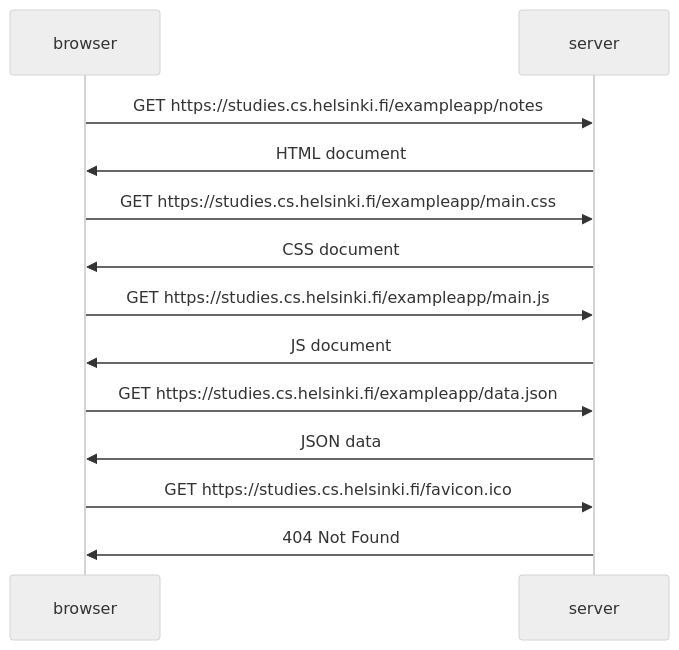
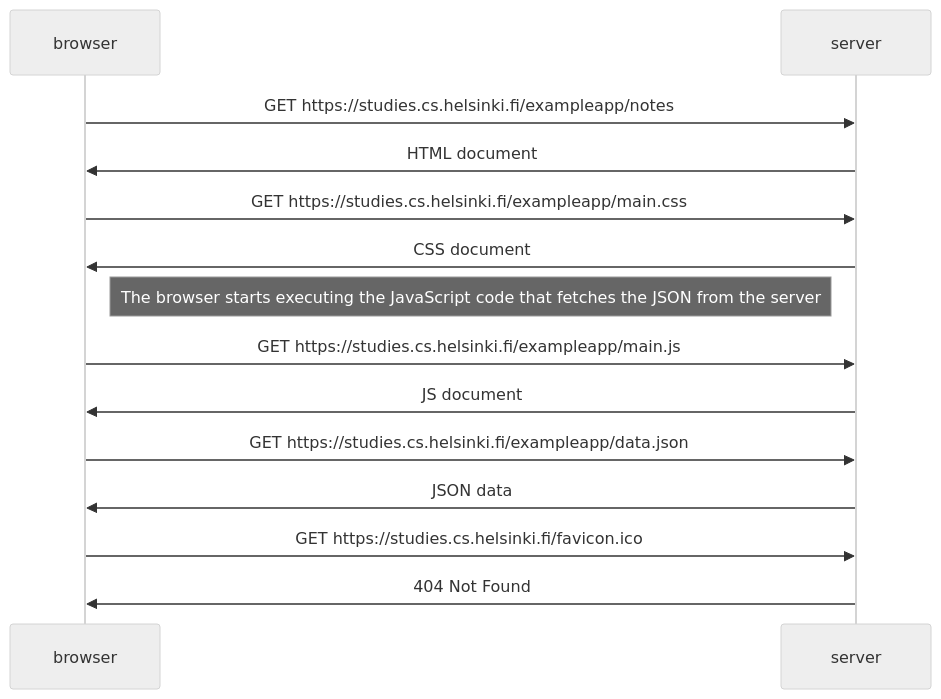
Before and after one commit to xj4v1x/fullstackopen: the diagram in part0/04_Nuevo_Diagrama_de_nota.md, drawn with Mermaid (neutral theme). The commit also changed other lines of this file, not shown here.

````diff
--- a/part0/04_Nuevo_Diagrama_de_nota.md
+++ b/part0/04_Nuevo_Diagrama_de_nota.md
@@ -20,20 +19,20 @@
 ```mermaid
 sequenceDiagram
     participant browser
     participant server
 
     browser->>server: GET https://studies.cs.helsinki.fi/exampleapp/notes
     server->>browser: HTML document
 
     browser->>server: GET https://studies.cs.helsinki.fi/exampleapp/main.css
     server->>browser: CSS document
-
+    Note right of browser: The browser starts executing the JavaScript code that fetches the JSON from the server
     browser->>server: GET https://studies.cs.helsinki.fi/exampleapp/main.js
     server->>browser: JS document
 
     browser->>server: GET https://studies.cs.helsinki.fi/exampleapp/data.json
     server->>browser: JSON data
 
     browser->>server: GET https://studies.cs.helsinki.fi/favicon.ico
     server->>browser: 404 Not Found
 ```
````
